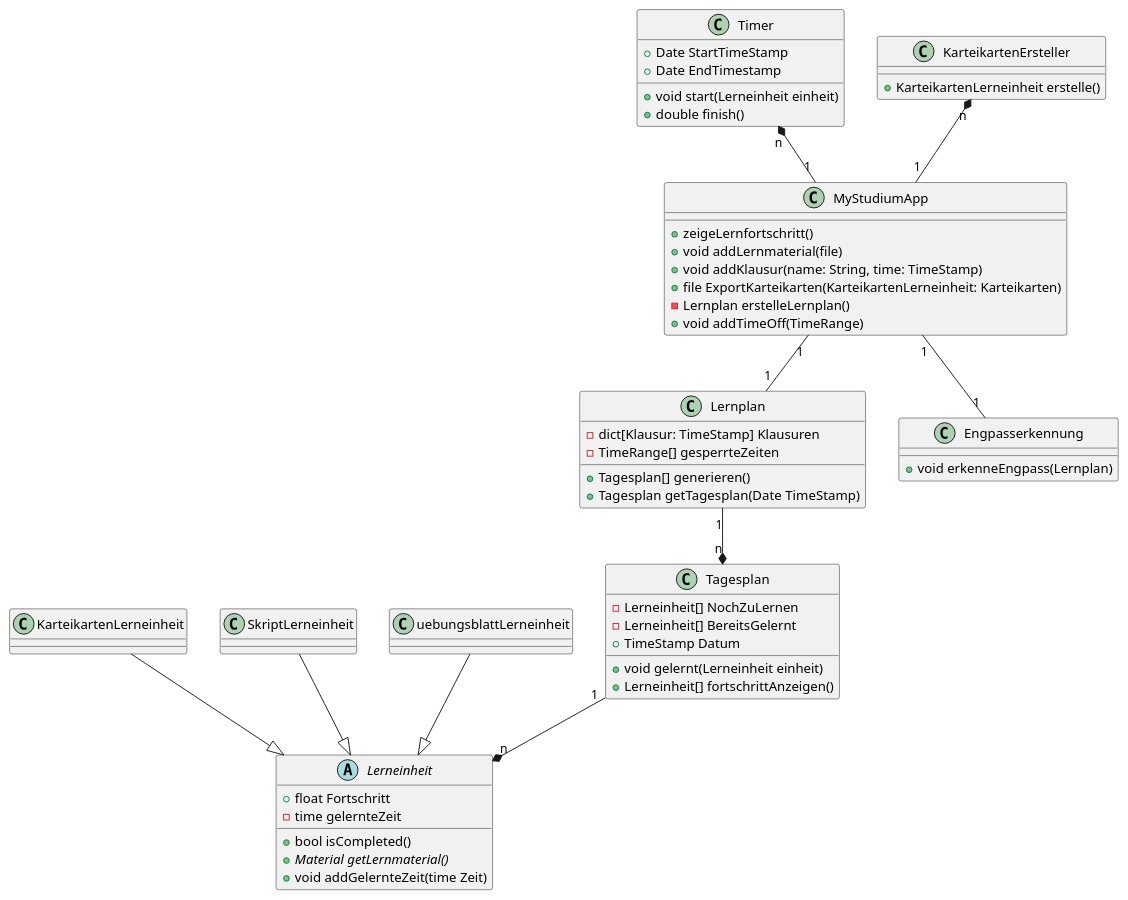
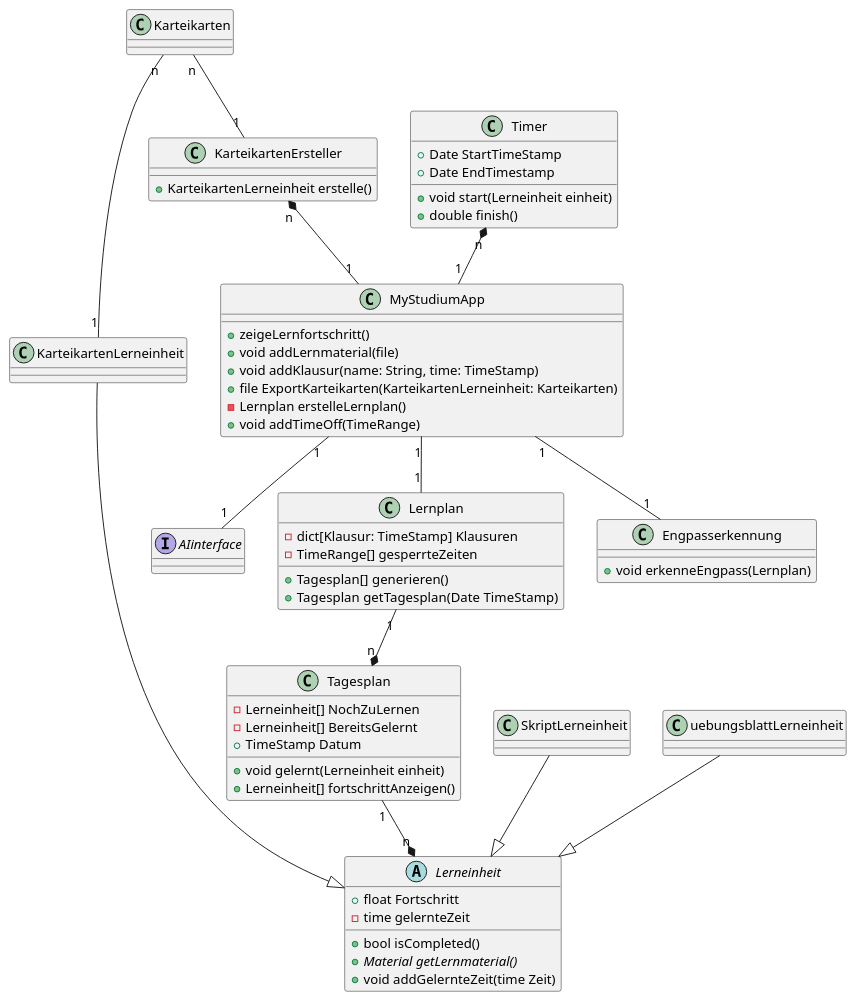
One commit to BjoernMalzacher/MyStudium_SWE_Labor changed the diagram in PLant uml digramme/Klassendiagramme_uml.puml. Above: the diagram before and after it, drawn with PlantUML. The commit also changed 9 other files, not shown here.

```diff
--- a/PLant uml digramme/Klassendiagramme_uml.puml
+++ b/PLant uml digramme/Klassendiagramme_uml.puml
@@ -1,58 +1,66 @@
 @startuml Klassendiagramm
+interface AIinterface{
 
+}
 class       MyStudiumApp{
     + zeigeLernfortschritt()
     + void addLernmaterial(file)
     + void addKlausur(name: String, time: TimeStamp)
     + file ExportKarteikarten(KarteikartenLerneinheit: Karteikarten)
     - Lernplan erstelleLernplan()
     + void addTimeOff(TimeRange)
 }
+
+
 class       Timer{
     +Date StartTimeStamp
     +Date EndTimestamp
 
     +void start(Lerneinheit einheit)
     +double finish()
 }
 class       Lernplan{
             -dict[Klausur: TimeStamp] Klausuren 
             -TimeRange[] gesperrteZeiten
             +Tagesplan[] generieren()
             +Tagesplan getTagesplan(Date TimeStamp)
             }
 
 class       Tagesplan{
     - Lerneinheit[] NochZuLernen 
     - Lerneinheit[] BereitsGelernt
     + TimeStamp Datum
     + void gelernt(Lerneinheit einheit)
     + Lerneinheit[] fortschrittAnzeigen()
 }      
 abstract class       Lerneinheit{
             +float Fortschritt
             -time gelernteZeit
             +bool isCompleted()
             +Material {abstract} getLernmaterial()
             +void addGelernteZeit(time Zeit)
 }
+class       Karteikarten
 class       KarteikartenLerneinheit
 class       SkriptLerneinheit
 class       uebungsblattLerneinheit
 class       Engpasserkennung{
             +void erkenneEngpass(Lernplan)
 }
 class       KarteikartenErsteller{
             +KarteikartenLerneinheit erstelle()
 }
 
 KarteikartenLerneinheit --|> Lerneinheit
 SkriptLerneinheit --|> Lerneinheit
 uebungsblattLerneinheit --|> Lerneinheit
 Lernplan "1" --* "n"  Tagesplan
 MyStudiumApp "1" -- "1" Engpasserkennung
 MyStudiumApp "1" --  "1"Lernplan
 Timer "n" *-- "1" MyStudiumApp
 KarteikartenErsteller "n" *-- "1" MyStudiumApp
 Tagesplan "1" --* "n" Lerneinheit
+MyStudiumApp "1" -- "1" AIinterface
+Karteikarten "n" -- "1" KarteikartenErsteller
+Karteikarten "n" -- "1" KarteikartenLerneinheit 
 @enduml
```
